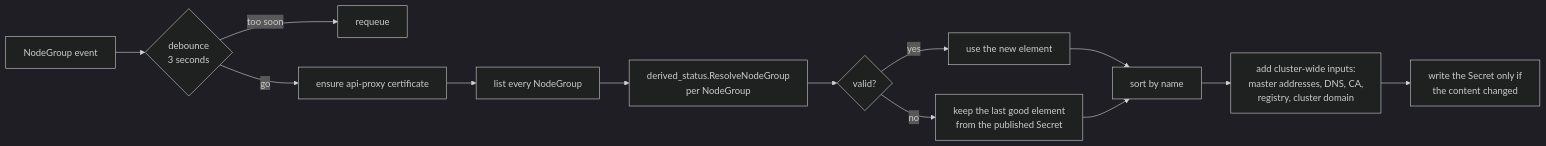
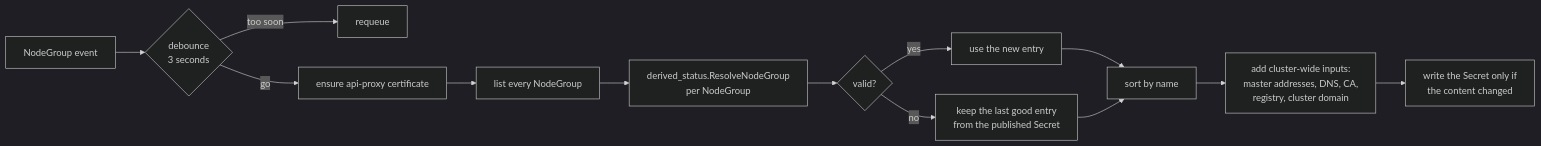
The third of 3 diagrams in modules/040-node-manager/images/node-controller/src/internal/controller/nodegroup/README.md (deckhouse/deckhouse), drawn with Mermaid (dark theme) before and after one commit. The commit also changed other lines of this file and 32 other files, not shown here.

````diff
--- a/modules/040-node-manager/images/node-controller/src/internal/controller/nodegroup/README.md
+++ b/modules/040-node-manager/images/node-controller/src/internal/controller/nodegroup/README.md
@@ -101,15 +101,15 @@
 ```mermaid
 flowchart LR
     A[NodeGroup event] --> B{debounce<br/>3 seconds}
     B -->|too soon| B2[requeue]
     B -->|go| C[ensure api-proxy certificate]
     C --> D[list every NodeGroup]
     D --> E[derived_status.ResolveNodeGroup<br/>per NodeGroup]
     E --> F{valid?}
-    F -->|yes| G[use the new element]
-    F -->|no| H[keep the last good element<br/>from the published Secret]
+    F -->|yes| G[use the new entry]
+    F -->|no| H[keep the last good entry<br/>from the published Secret]
     G --> I[sort by name]
     H --> I
     I --> J[add cluster-wide inputs:<br/>master addresses, DNS, CA,<br/>registry, cluster domain]
     J --> K[write the Secret only if<br/>the content changed]
 ```
````
